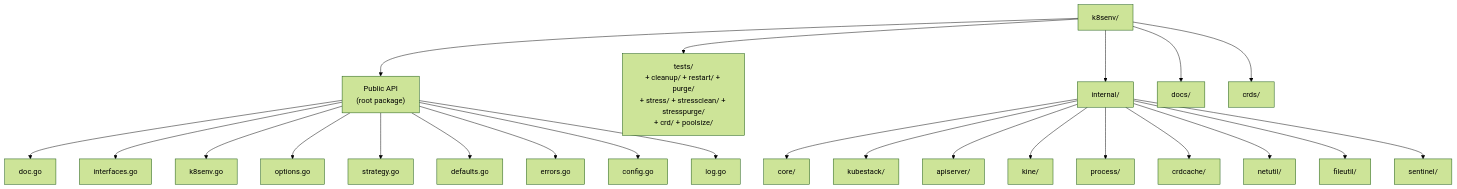
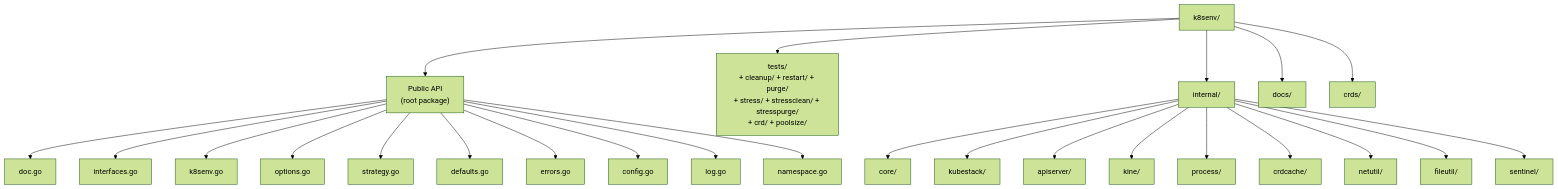
The diagram in docs/reference/directory-structure.md (giantswarm/k8senv), drawn with Mermaid (forest theme) before and after one commit. The commit also changed other lines of this file and 1 other file, not shown here.

````diff
--- a/docs/reference/directory-structure.md
+++ b/docs/reference/directory-structure.md
@@ -5,28 +5,29 @@
 ```mermaid
 flowchart TD
     Root["k8senv/"] --> Public["Public API\n(root package)"]
     Root --> Tests["tests/\n+ cleanup/ + restart/ + purge/\n+ stress/ + stressclean/ + stresspurge/\n+ crd/ + poolsize/"]
     Root --> Internal["internal/"]
     Root --> Docs["docs/"]
     Root --> CRDs["crds/"]
 
     Public --> doc["doc.go"]
     Public --> ifaces["interfaces.go"]
     Public --> factory["k8senv.go"]
     Public --> opts["options.go"]
     Public --> strat["strategy.go"]
     Public --> defs["defaults.go"]
     Public --> errs["errors.go"]
     Public --> cfg["config.go"]
     Public --> log["log.go"]
+    Public --> ns["namespace.go"]
 
     Internal --> Core["core/"]
     Internal --> KubeStack["kubestack/"]
     Internal --> APIServerPkg["apiserver/"]
     Internal --> KinePkg["kine/"]
     Internal --> Process["process/"]
     Internal --> CRDCachePkg["crdcache/"]
     Internal --> NetUtil["netutil/"]
     Internal --> FileUtil["fileutil/"]
     Internal --> Sentinel["sentinel/"]
 ```
````
